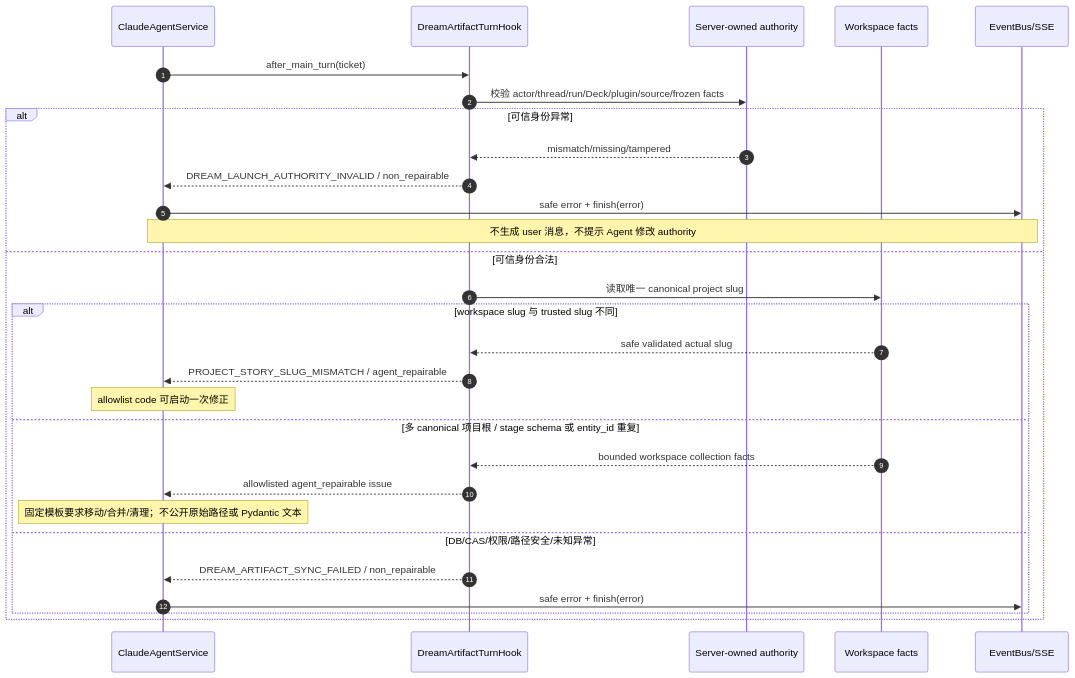
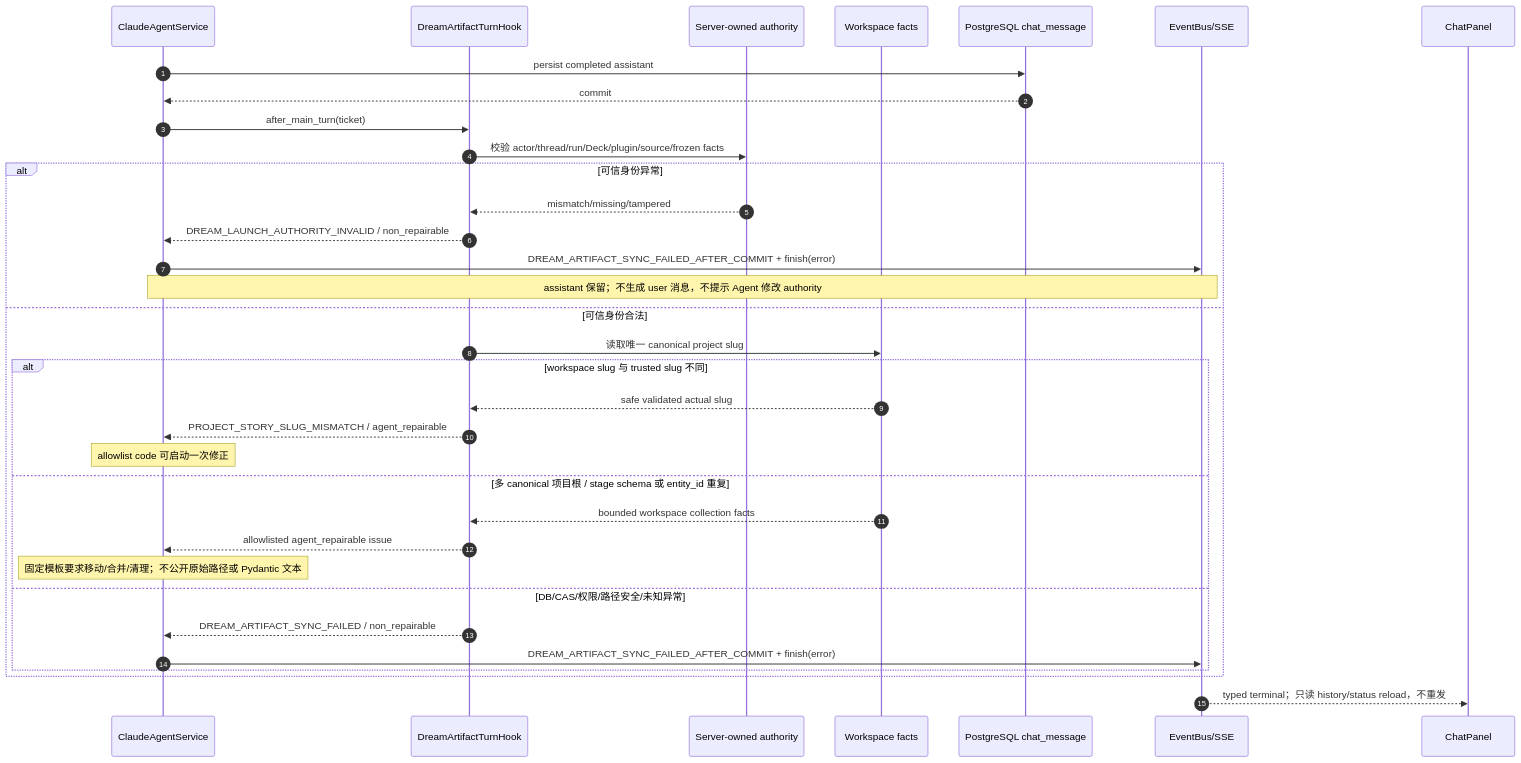
Before and after one commit to glide-the/im-dream: the second of 5 diagrams in docs/design/claude-agent/dream-workbench-auto-repair-sequence.md, drawn with Mermaid. The commit also changed other lines of this file and 24 other files, not shown here.

````diff
--- a/docs/design/claude-agent/dream-workbench-auto-repair-sequence.md
+++ b/docs/design/claude-agent/dream-workbench-auto-repair-sequence.md
@@ -114,32 +115,37 @@
 ```mermaid
 sequenceDiagram
     autonumber
     participant Service as ClaudeAgentService
     participant Hook as DreamArtifactTurnHook
     participant Authority as Server-owned authority
     participant WS as Workspace facts
+    participant DB as PostgreSQL chat_message
     participant Bus as EventBus/SSE
+    participant UI as ChatPanel
 
+    Service->>DB: persist completed assistant
+    DB-->>Service: commit
     Service->>Hook: after_main_turn(ticket)
     Hook->>Authority: 校验 actor/thread/run/Deck/plugin/source/frozen facts
     alt 可信身份异常
         Authority-->>Hook: mismatch/missing/tampered
         Hook-->>Service: DREAM_LAUNCH_AUTHORITY_INVALID / non_repairable
-        Service->>Bus: safe error + finish(error)
-        Note over Service,Bus: 不生成 user 消息，不提示 Agent 修改 authority
+        Service->>Bus: DREAM_ARTIFACT_SYNC_FAILED_AFTER_COMMIT + finish(error)
+        Note over Service,Bus: assistant 保留；不生成 user 消息，不提示 Agent 修改 authority
     else 可信身份合法
         Hook->>WS: 读取唯一 canonical project slug
         alt workspace slug 与 trusted slug 不同
             WS-->>Hook: safe validated actual slug
             Hook-->>Service: PROJECT_STORY_SLUG_MISMATCH / agent_repairable
             Note over Service: allowlist code 可启动一次修正
         else 多 canonical 项目根 / stage schema 或 entity_id 重复
             WS-->>Hook: bounded workspace collection facts
             Hook-->>Service: allowlisted agent_repairable issue
             Note over Service: 固定模板要求移动/合并/清理；不公开原始路径或 Pydantic 文本
         else DB/CAS/权限/路径安全/未知异常
             Hook-->>Service: DREAM_ARTIFACT_SYNC_FAILED / non_repairable
-            Service->>Bus: safe error + finish(error)
+            Service->>Bus: DREAM_ARTIFACT_SYNC_FAILED_AFTER_COMMIT + finish(error)
         end
     end
+    Bus-->>UI: typed terminal；只读 history/status reload，不重发
 ```
````
